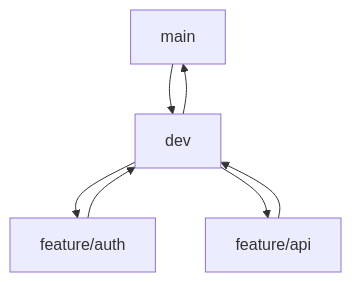
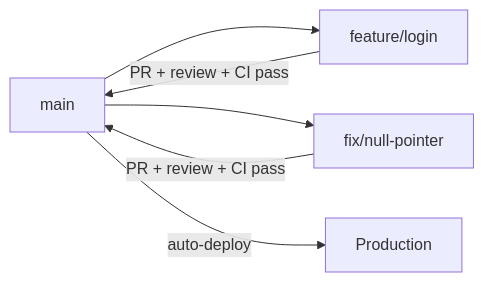
The third of 5 diagrams in devops-crash-course/docs/day-04-git-practical.md (suryanaveen123/devops-crash-course), drawn with Mermaid before and after one commit. The commit also changed other lines of this file, not shown here.

````diff
--- a/devops-crash-course/docs/day-04-git-practical.md
+++ b/devops-crash-course/docs/day-04-git-practical.md
@@ -42,14 +183,12 @@
 ```mermaid
-flowchart TB
+flowchart LR
   main[main]
-  dev[dev]
-  f1[feature/auth]
-  f2[feature/api]
+  f1[feature/login]
+  f2[fix/null-pointer]
 
-  main --> dev
-  dev --> f1
-  dev --> f2
-  f1 --> dev
-  f2 --> dev
-  dev --> main
+  main --> f1
+  main --> f2
+  f1 -->|PR + review + CI pass| main
+  f2 -->|PR + review + CI pass| main
+  main -->|auto-deploy| prod[Production]
 ```
````
